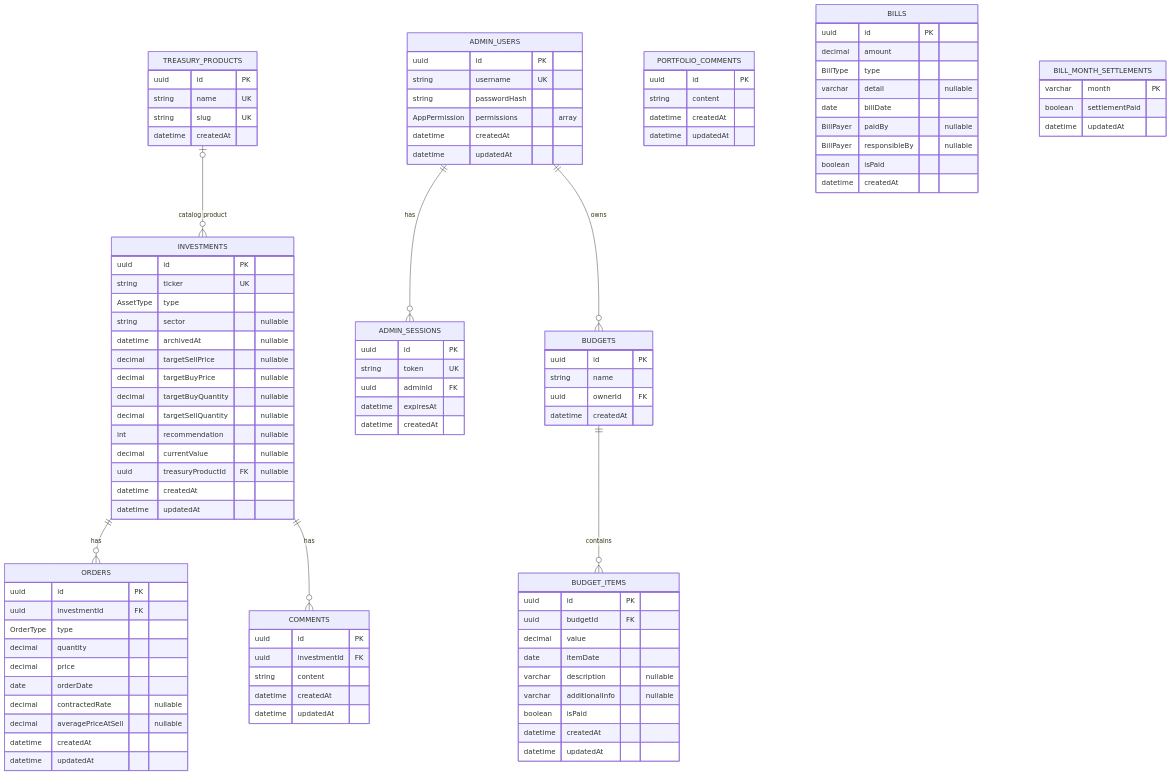
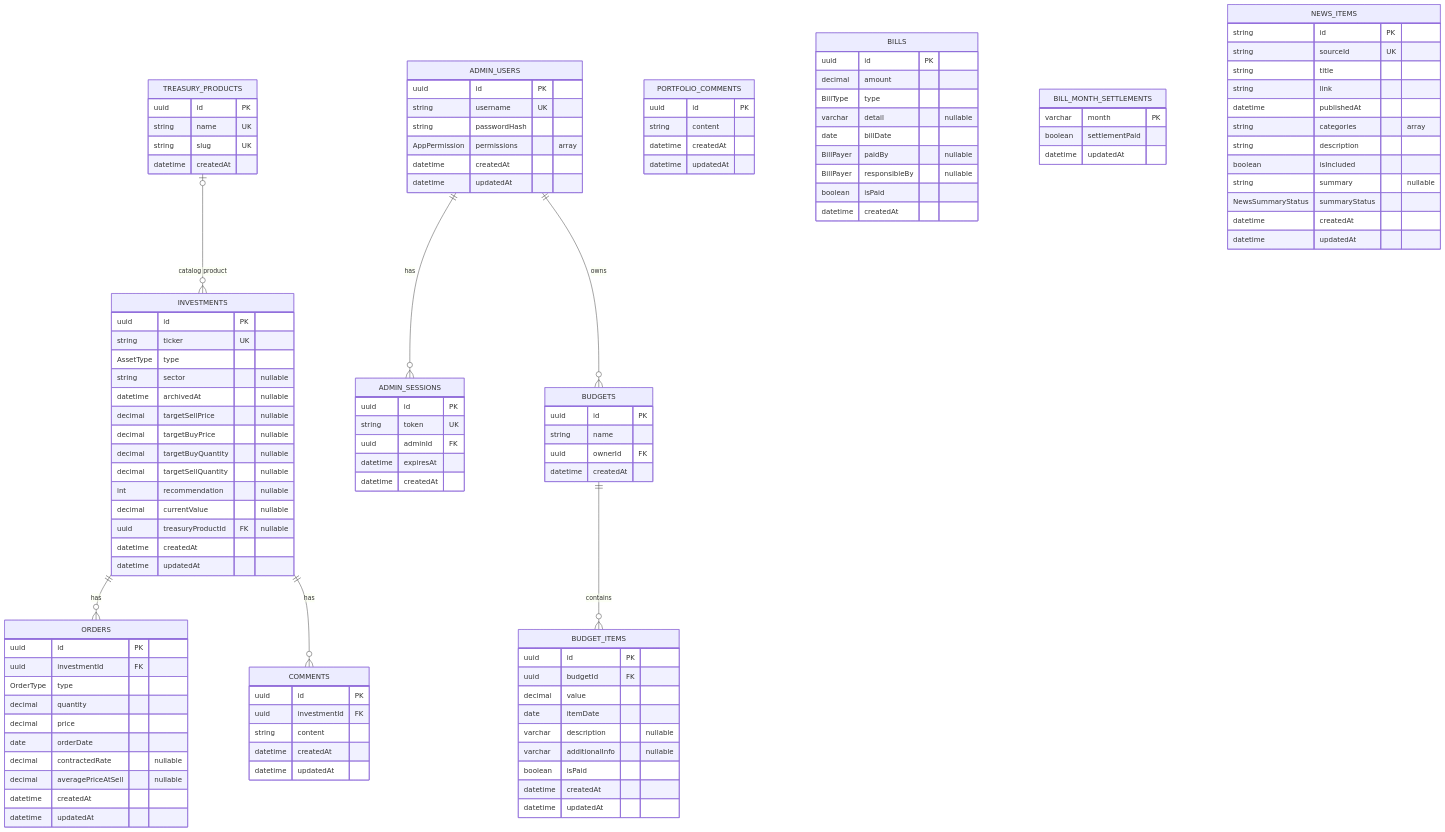
The diagram in DATABASE_SCHEMA.md (henriquesfreitas/finance-manager), drawn with Mermaid before and after one commit. The commit also changed other lines of this file and 36 other files, not shown here.

````diff
--- a/DATABASE_SCHEMA.md
+++ b/DATABASE_SCHEMA.md
@@ -108,4 +108,18 @@
         datetime createdAt
         datetime updatedAt
     }
+    NEWS_ITEMS {
+        string id PK
+        string sourceId UK
+        string title
+        string link
+        datetime publishedAt
+        string categories "array"
+        string description
+        boolean isIncluded
+        string summary "nullable"
+        NewsSummaryStatus summaryStatus
+        datetime createdAt
+        datetime updatedAt
+    }
 ```
````
